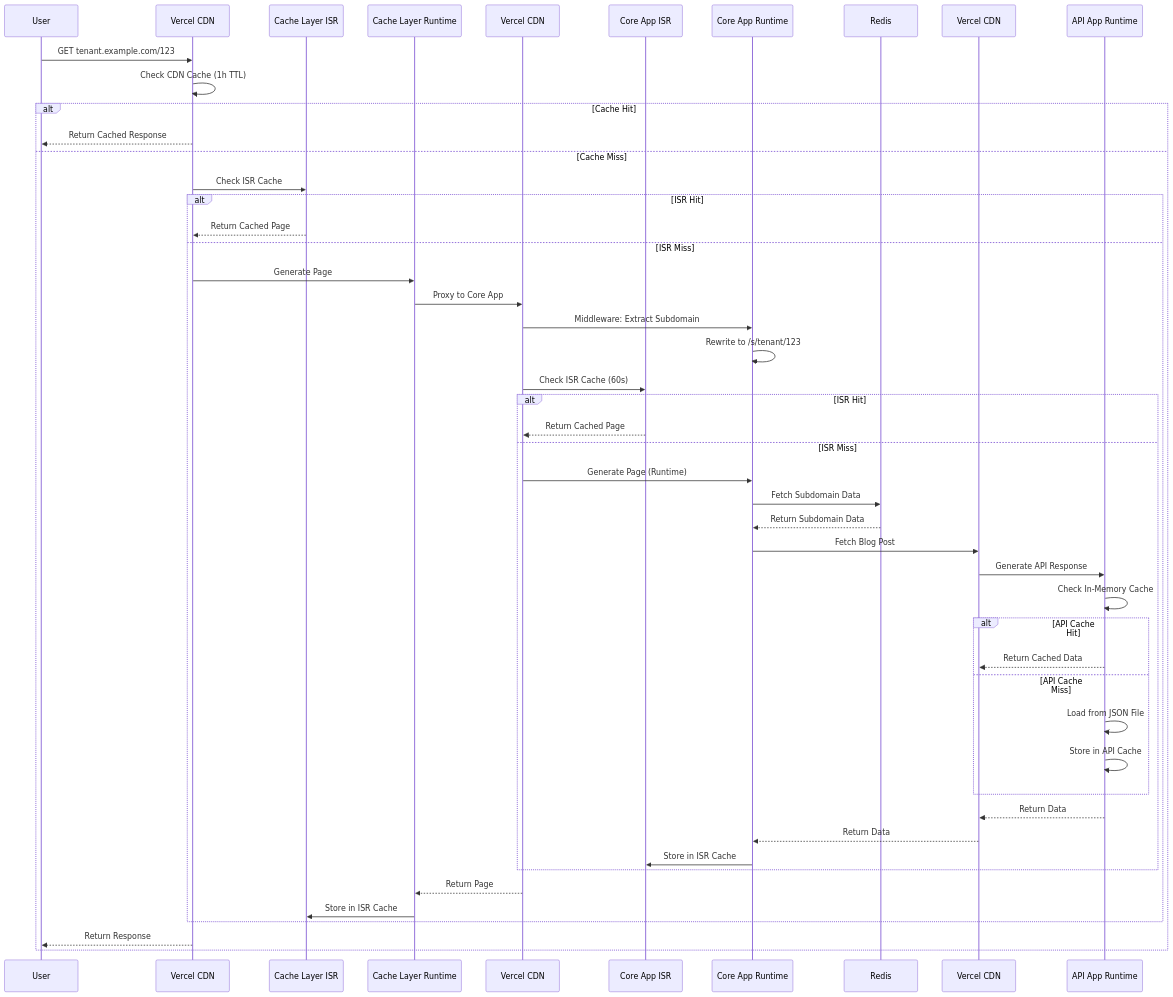
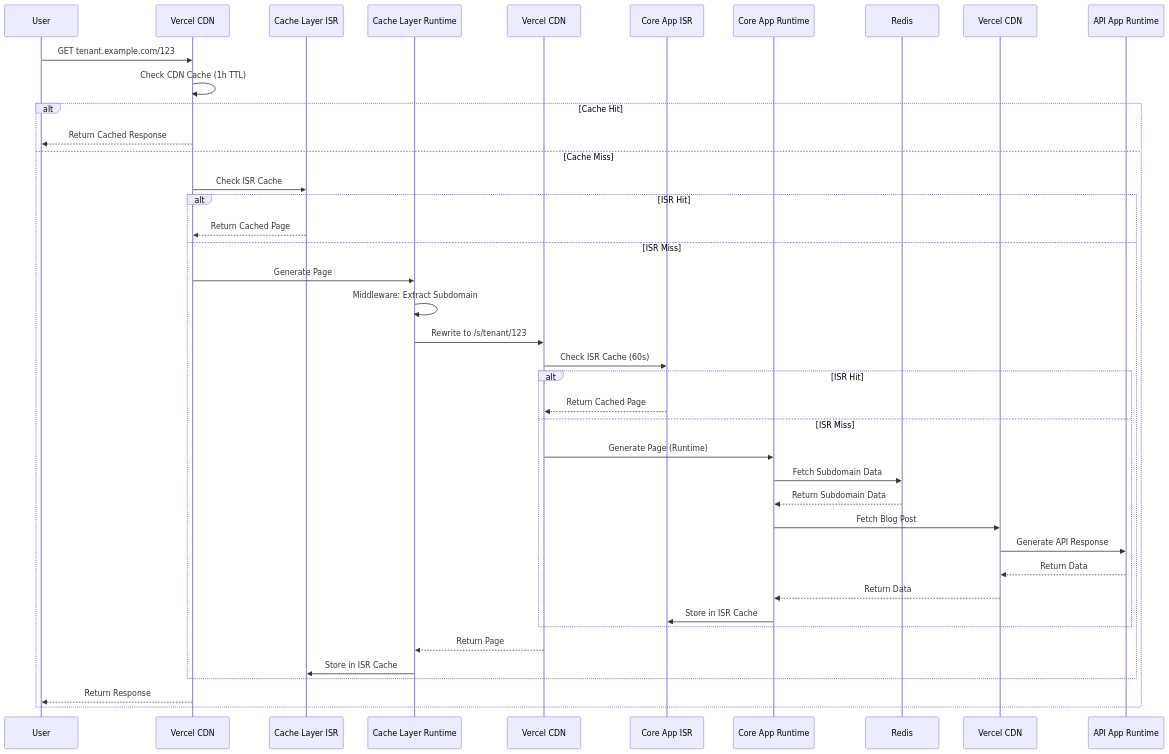
One commit to vercel-labs/isr-platform-shield changed the fifth of 5 diagrams in docs/ARCHITECTURE.md. Above: the diagram before and after it, drawn with Mermaid. The commit also changed other lines of this file and 2 other files, not shown here.

````diff
--- a/docs/ARCHITECTURE.md
+++ b/docs/ARCHITECTURE.md
@@ -119,52 +154,44 @@
 ```mermaid
 sequenceDiagram
     participant U as User
     participant VCL as Vercel CDN
     participant VCL_ISR as Cache Layer ISR
     participant VCL_RT as Cache Layer Runtime
     participant VCA as Vercel CDN
     participant VCA_ISR as Core App ISR
     participant VCA_RT as Core App Runtime
     participant R as Redis
     participant VAPI as Vercel CDN
     participant VAPI_RT as API App Runtime
 
     U->>VCL: GET tenant.example.com/123
     VCL->>VCL: Check CDN Cache (1h TTL)
     alt Cache Hit
         VCL-->>U: Return Cached Response
     else Cache Miss
         VCL->>VCL_ISR: Check ISR Cache
         alt ISR Hit
             VCL_ISR-->>VCL: Return Cached Page
         else ISR Miss
             VCL->>VCL_RT: Generate Page
-            VCL_RT->>VCA: Proxy to Core App
-            VCA->>VCA_RT: Middleware: Extract Subdomain
-            VCA_RT->>VCA_RT: Rewrite to /s/tenant/123
+            VCL_RT->>VCL_RT: Middleware: Extract Subdomain
+            VCL_RT->>VCA: Rewrite to /s/tenant/123
             VCA->>VCA_ISR: Check ISR Cache (60s)
             alt ISR Hit
                 VCA_ISR-->>VCA: Return Cached Page
             else ISR Miss
                 VCA->>VCA_RT: Generate Page (Runtime)
                 VCA_RT->>R: Fetch Subdomain Data
                 R-->>VCA_RT: Return Subdomain Data
                 VCA_RT->>VAPI: Fetch Blog Post
                 VAPI->>VAPI_RT: Generate API Response
-                VAPI_RT->>VAPI_RT: Check In-Memory Cache
-                alt API Cache Hit
-                    VAPI_RT-->>VAPI: Return Cached Data
-                else API Cache Miss
-                    VAPI_RT->>VAPI_RT: Load from JSON File
-                    VAPI_RT->>VAPI_RT: Store in API Cache
-                end
                 VAPI_RT-->>VAPI: Return Data
                 VAPI-->>VCA_RT: Return Data
                 VCA_RT->>VCA_ISR: Store in ISR Cache
             end
             VCA-->>VCL_RT: Return Page
             VCL_RT->>VCL_ISR: Store in ISR Cache
         end
         VCL-->>U: Return Response
     end
 ```
````
